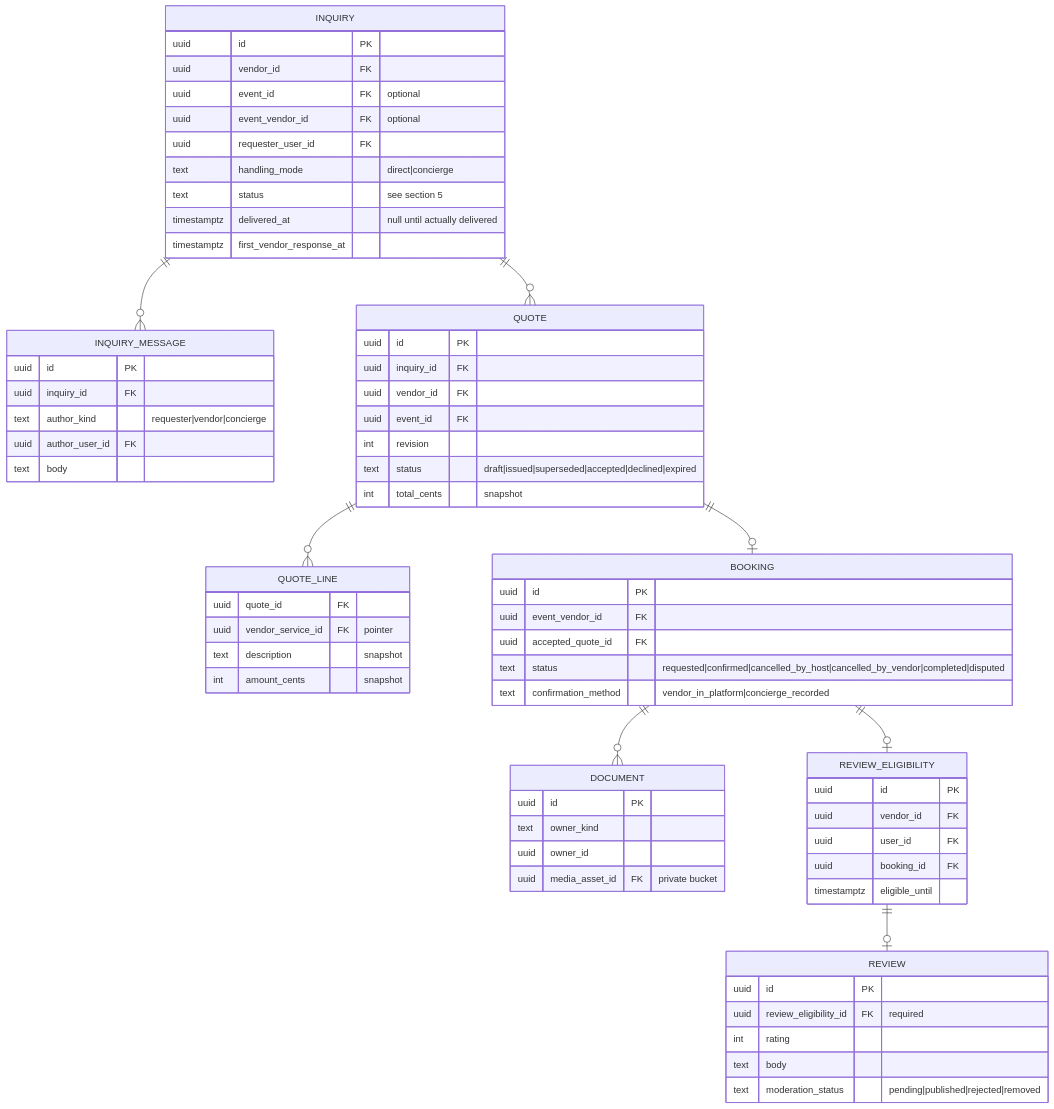
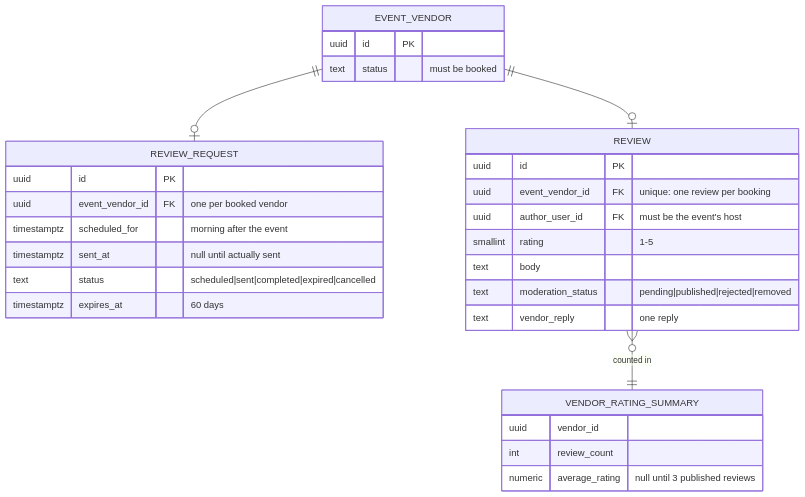
One commit to supportlocalites/betalocalites changed the fifth of 6 diagrams in docs/B-domain-and-data-model.md. Above: the diagram before and after it, drawn with Mermaid. The commit also changed other lines of this file and 19 other files, not shown here.

````diff
--- a/docs/B-domain-and-data-model.md
+++ b/docs/B-domain-and-data-model.md
@@ -284,71 +230,32 @@
 ```mermaid
 erDiagram
-    INQUIRY {
+    EVENT_VENDOR {
         uuid id PK
-        uuid vendor_id FK
-        uuid event_id FK "optional"
-        uuid event_vendor_id FK "optional"
-        uuid requester_user_id FK
-        text handling_mode "direct|concierge"
-        text status "see section 5"
-        timestamptz delivered_at "null until actually delivered"
-        timestamptz first_vendor_response_at
+        text status "must be booked"
     }
-    INQUIRY_MESSAGE {
+    REVIEW_REQUEST {
         uuid id PK
-        uuid inquiry_id FK
-        text author_kind "requester|vendor|concierge"
-        uuid author_user_id FK
-        text body
-    }
-    QUOTE {
-        uuid id PK
-        uuid inquiry_id FK
-        uuid vendor_id FK
-        uuid event_id FK
-        int  revision
-        text status "draft|issued|superseded|accepted|declined|expired"
-        int  total_cents "snapshot"
-    }
-    QUOTE_LINE {
-        uuid quote_id FK
-        uuid vendor_service_id FK "pointer"
-        text description "snapshot"
-        int  amount_cents "snapshot"
-    }
-    BOOKING {
-        uuid id PK
-        uuid event_vendor_id FK
-        uuid accepted_quote_id FK
-        text status "requested|confirmed|cancelled_by_host|cancelled_by_vendor|completed|disputed"
-        text confirmation_method "vendor_in_platform|concierge_recorded"
-    }
-    DOCUMENT {
-        uuid id PK
-        text owner_kind
-        uuid owner_id
-        uuid media_asset_id FK "private bucket"
-    }
-    REVIEW_ELIGIBILITY {
-        uuid id PK
-        uuid vendor_id FK
-        uuid user_id FK
-        uuid booking_id FK
-        timestamptz eligible_until
+        uuid event_vendor_id FK "one per booked vendor"
+        timestamptz scheduled_for "morning after the event"
+        timestamptz sent_at "null until actually sent"
+        text status "scheduled|sent|completed|expired|cancelled"
+        timestamptz expires_at "60 days"
     }
     REVIEW {
         uuid id PK
-        uuid review_eligibility_id FK "required"
-        int  rating
+        uuid event_vendor_id FK "unique: one review per booking"
+        uuid author_user_id FK "must be the event's host"
+        smallint rating "1-5"
         text body
         text moderation_status "pending|published|rejected|removed"
+        text vendor_reply "one reply"
     }
-
-    INQUIRY ||--o{ INQUIRY_MESSAGE : ""
-    INQUIRY ||--o{ QUOTE : ""
-    QUOTE ||--o{ QUOTE_LINE : ""
-    QUOTE ||--o| BOOKING : ""
-    BOOKING ||--o{ DOCUMENT : ""
-    BOOKING ||--o| REVIEW_ELIGIBILITY : ""
-    REVIEW_ELIGIBILITY ||--o| REVIEW : ""
+    VENDOR_RATING_SUMMARY {
+        uuid vendor_id
+        int  review_count
+        numeric average_rating "null until 3 published reviews"
+    }
+    EVENT_VENDOR ||--o| REVIEW_REQUEST : ""
+    EVENT_VENDOR ||--o| REVIEW : ""
+    REVIEW }o--|| VENDOR_RATING_SUMMARY : "counted in"
 ```
````
